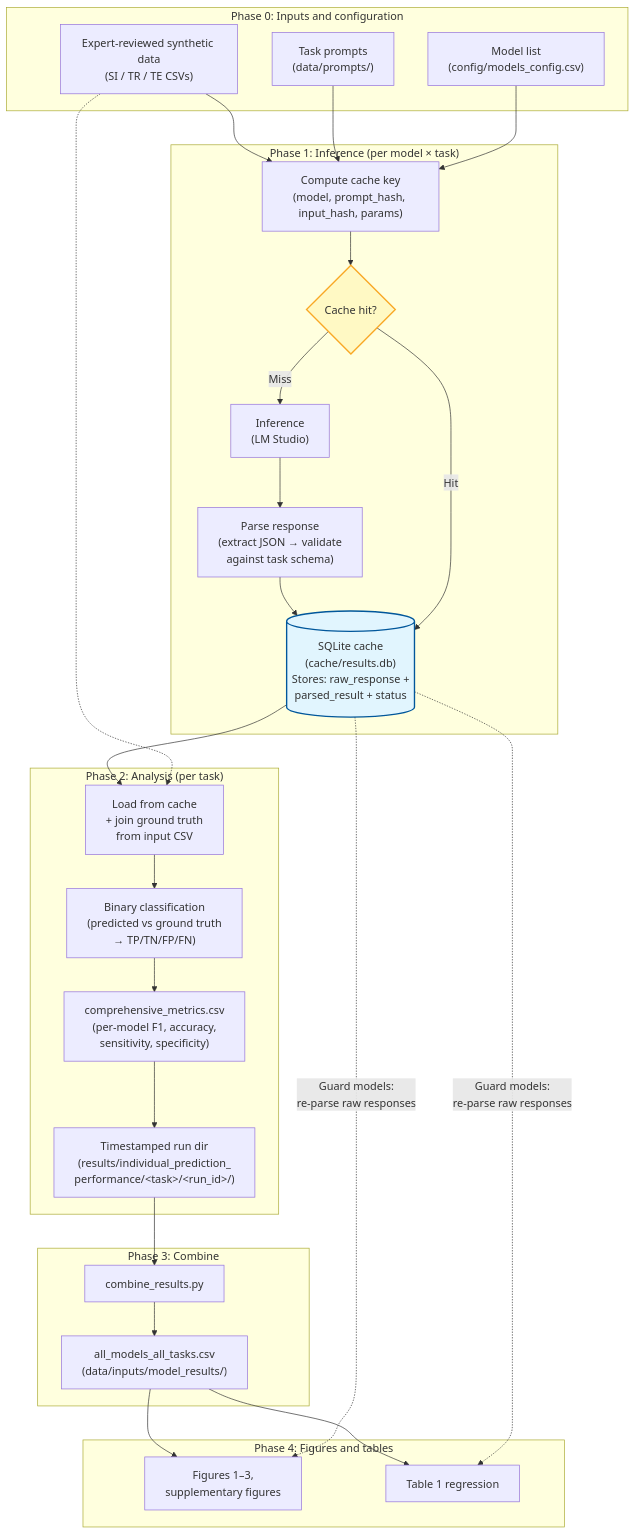
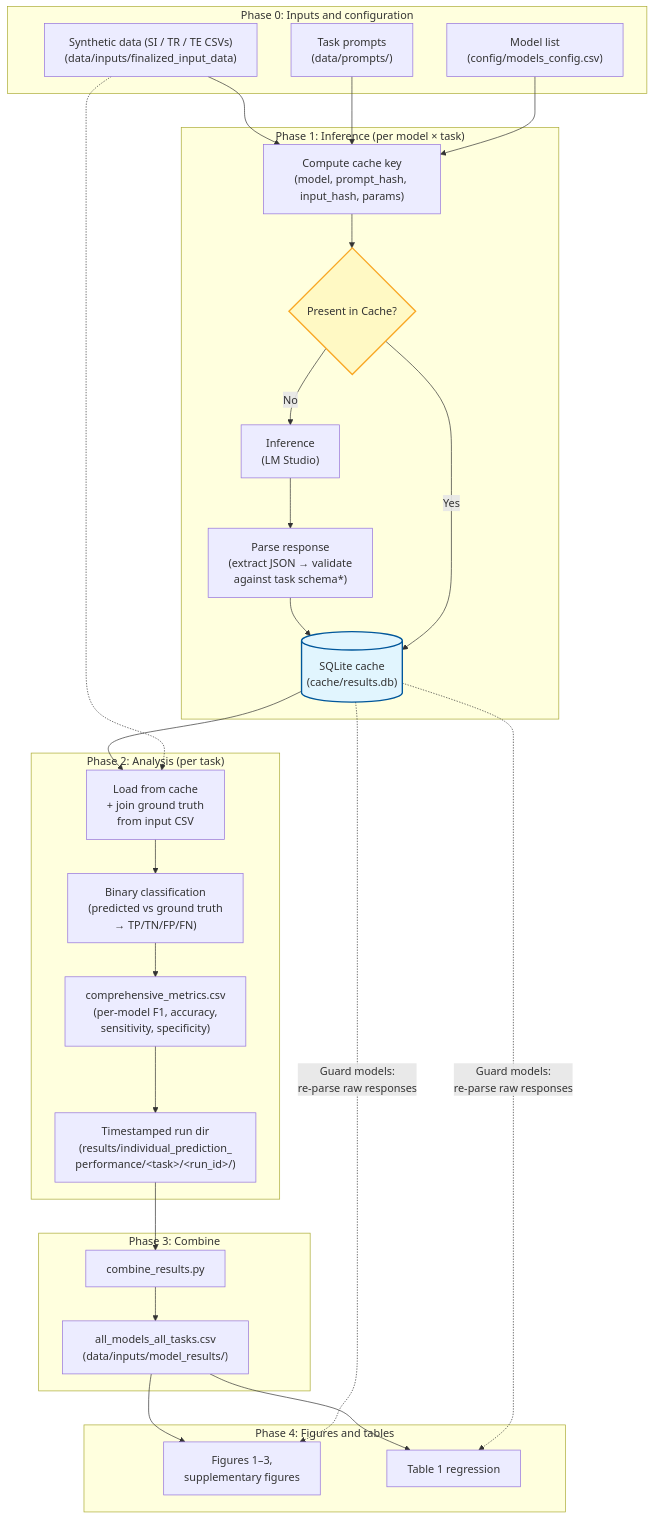
Before and after one commit to markkalinich/mental-health-finetune-analysis: the diagram in README.md, drawn with Mermaid. The commit also changed other lines of this file, not shown here.

Commit message:
Diagram: add asterisk footnote for guard model schema validation
Made-with: Cursor

````diff
--- a/README.md
+++ b/README.md
@@ -23,42 +23,42 @@
 ```mermaid
 flowchart TB
     subgraph P0["Phase 0: Inputs and configuration"]
-        data["Expert-reviewed synthetic data\n(SI / TR / TE CSVs)"]
+        data["Synthetic data (SI / TR / TE CSVs)\n(data/inputs/finalized_input_data)"]
         prompts["Task prompts\n(data/prompts/)"]
         cfg["Model list\n(config/models_config.csv)"]
     end
 
     subgraph P1["Phase 1: Inference (per model × task)"]
         data --> keygen["Compute cache key\n(model, prompt_hash, input_hash, params)"]
         prompts --> keygen
         cfg --> keygen
-        keygen --> check{"Cache hit?"}
-        check -->|"Miss"| lms["Inference\n(LM Studio)"]
-        lms --> parse["Parse response\n(extract JSON → validate\nagainst task schema)"]
-        parse --> cache[("SQLite cache\n(cache/results.db)\nStores: raw_response +\nparsed_result + status")]
-        check -->|"Hit"| cache
+        keygen --> check{"Present in Cache?"}
+        check -->|"No"| lms["Inference\n(LM Studio)"]
+        lms --> parse["Parse response\n(extract JSON → validate\nagainst task schema*)"]
+        parse --> cache[("SQLite cache\n(cache/results.db)")]
+        check -->|"Yes"| cache
     end
 
     subgraph P2["Phase 2: Analysis (per task)"]
         cache --> load["Load from cache\n+ join ground truth\nfrom input CSV"]
         data -.-> load
         load --> classify["Binary classification\n(predicted vs ground truth\n→ TP/TN/FP/FN)"]
         classify --> metrics["comprehensive_metrics.csv\n(per-model F1, accuracy,\nsensitivity, specificity)"]
         metrics --> runs["Timestamped run dir\n(results/individual_prediction_\nperformance/&lt;task&gt;/&lt;run_id&gt;/)"]
     end
 
     subgraph P3["Phase 3: Combine"]
         runs --> combine["combine_results.py"]
         combine --> combined["all_models_all_tasks.csv\n(data/inputs/model_results/)"]
     end
 
     subgraph P4["Phase 4: Figures and tables"]
         combined --> figs["Figures 1–3,\nsupplementary figures"]
         combined --> tab1["Table 1 regression"]
         cache -.->|"Guard models:\nre-parse raw responses"| figs
         cache -.->|"Guard models:\nre-parse raw responses"| tab1
     end
 
     style cache fill:#e1f5fe,stroke:#01579b,stroke-width:2px
     style check fill:#fff9c4,stroke:#f9a825,stroke-width:2px
 ```
````
